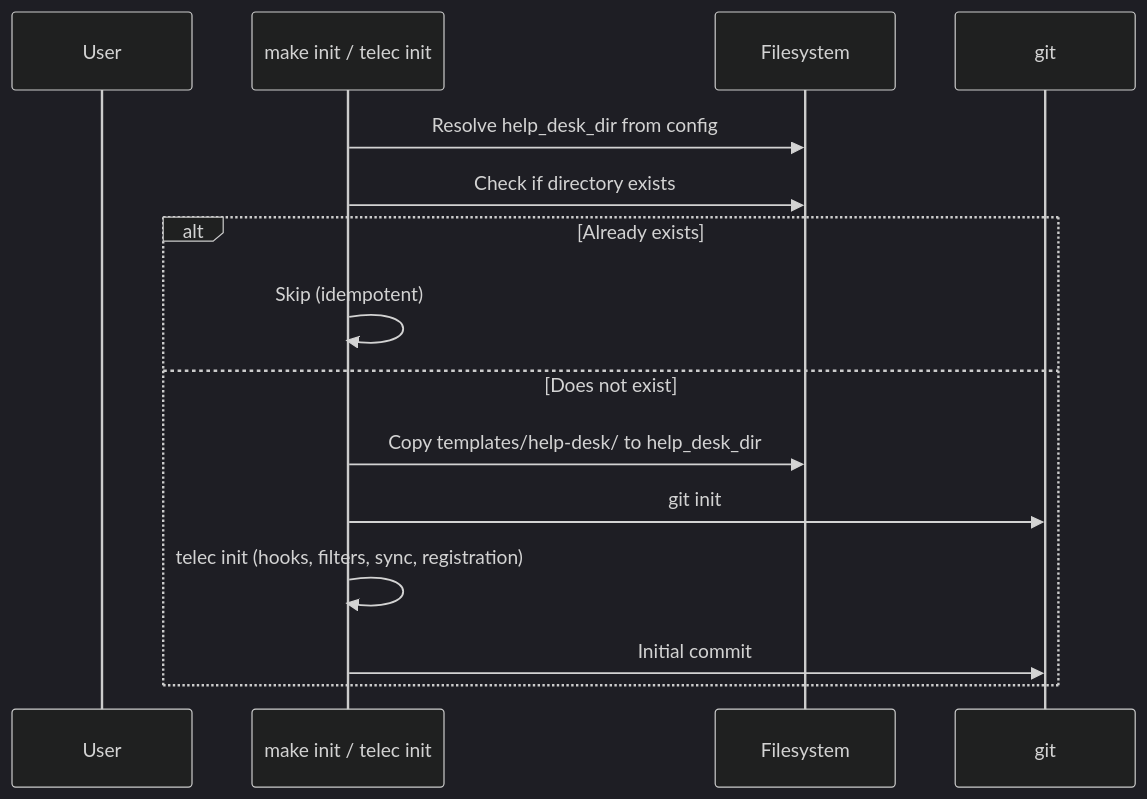
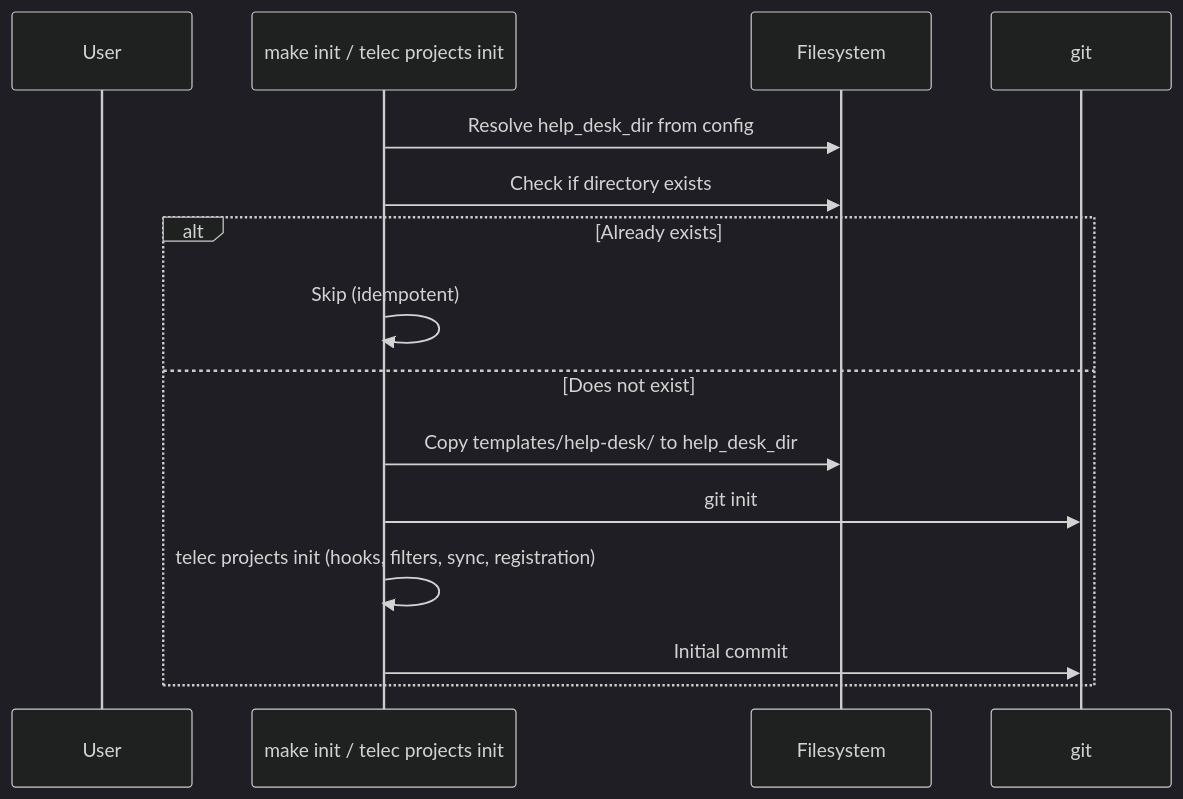
Diagram 11 of 11 in docs/project/design/architecture/help-desk-platform.md (InstruktAI/TeleClaude), drawn with Mermaid (dark theme) before and after one commit. The commit also changed other lines of this file and 8 other files, not shown here.

````diff
--- a/docs/project/design/architecture/help-desk-platform.md
+++ b/docs/project/design/architecture/help-desk-platform.md
@@ -892,18 +892,18 @@
 ```mermaid
 sequenceDiagram
     participant User
-    participant Init as make init / telec init
+    participant Init as make init / telec projects init
     participant FS as Filesystem
     participant Git as git
 
     Init->>FS: Resolve help_desk_dir from config
     Init->>FS: Check if directory exists
     alt Already exists
         Init->>Init: Skip (idempotent)
     else Does not exist
         Init->>FS: Copy templates/help-desk/ to help_desk_dir
         Init->>Git: git init
-        Init->>Init: telec init (hooks, filters, sync, registration)
+        Init->>Init: telec projects init (hooks, filters, sync, registration)
         Init->>Git: Initial commit
     end
 ```
````
